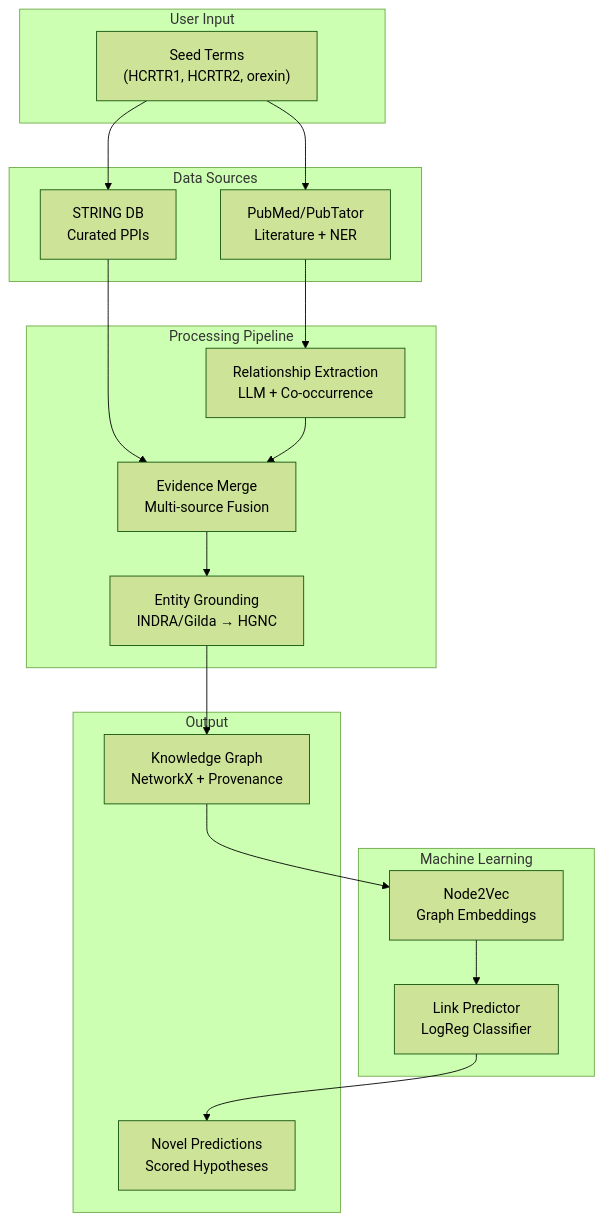
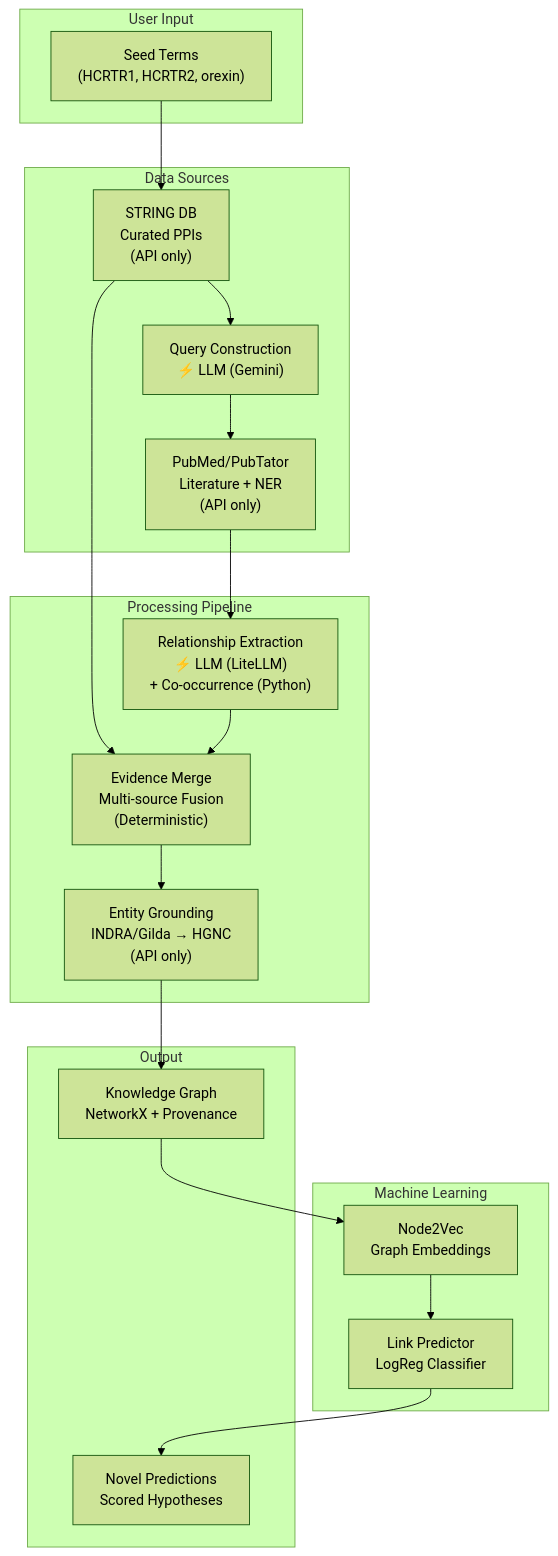
The first of 8 diagrams in ARCHITECTURE.md (ddjukic/tetra-demo), drawn with Mermaid (forest theme) before and after one commit. The commit also changed other lines of this file and 2 other files, not shown here.

````diff
--- a/ARCHITECTURE.md
+++ b/ARCHITECTURE.md
@@ -12,38 +12,40 @@
 ```mermaid
 flowchart TB
     subgraph Input["User Input"]
         seeds["Seed Terms<br/>(HCRTR1, HCRTR2, orexin)"]
     end
 
     subgraph DataSources["Data Sources"]
-        string["STRING DB<br/>Curated PPIs"]
-        pubmed["PubMed/PubTator<br/>Literature + NER"]
+        string["STRING DB<br/>Curated PPIs<br/>(API only)"]
+        query_llm["Query Construction<br/>⚡ LLM (Gemini)"]
+        pubmed["PubMed/PubTator<br/>Literature + NER<br/>(API only)"]
     end
 
     subgraph Processing["Processing Pipeline"]
-        extraction["Relationship Extraction<br/>LLM + Co-occurrence"]
-        grounding["Entity Grounding<br/>INDRA/Gilda → HGNC"]
-        merge["Evidence Merge<br/>Multi-source Fusion"]
+        extraction["Relationship Extraction<br/>⚡ LLM (LiteLLM)<br/>+ Co-occurrence (Python)"]
+        grounding["Entity Grounding<br/>INDRA/Gilda → HGNC<br/>(API only)"]
+        merge["Evidence Merge<br/>Multi-source Fusion<br/>(Deterministic)"]
     end
 
     subgraph ML["Machine Learning"]
         embeddings["Node2Vec<br/>Graph Embeddings"]
         predictor["Link Predictor<br/>LogReg Classifier"]
     end
 
     subgraph Output["Output"]
         kg["Knowledge Graph<br/>NetworkX + Provenance"]
         predictions["Novel Predictions<br/>Scored Hypotheses"]
     end
 
     seeds --> string
-    seeds --> pubmed
+    string --> query_llm
+    query_llm --> pubmed
     string --> merge
     pubmed --> extraction
     extraction --> merge
     merge --> grounding
     grounding --> kg
     kg --> embeddings
     embeddings --> predictor
     predictor --> predictions
 ```
````
